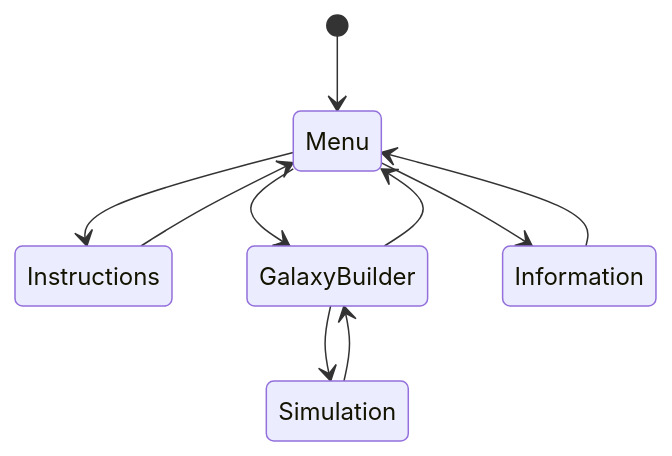
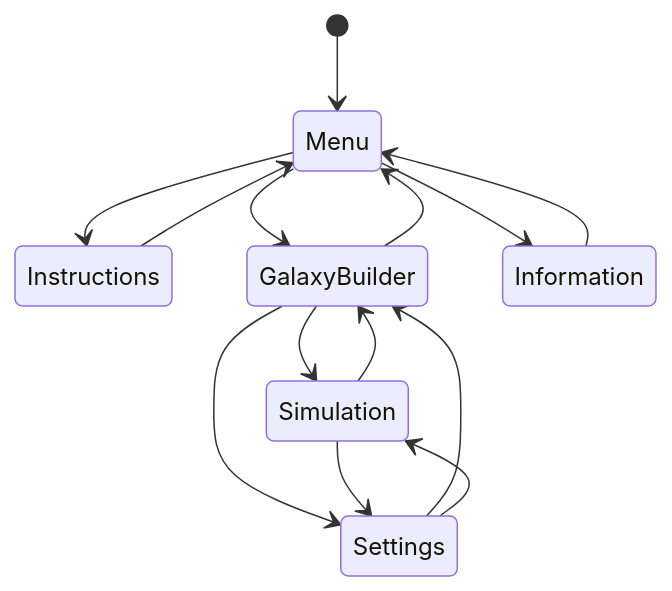
The second of 5 diagrams in WRITEUP.md (NoahMSchool/SwiftPlanets), drawn with Mermaid before and after one commit. The commit also changed other lines of this file, not shown here.

````diff
--- a/WRITEUP.md
+++ b/WRITEUP.md
@@ -474,15 +488,21 @@
 ```mermaid
 stateDiagram-v2
 	[*] --> Menu
     Menu --> Instructions
     Instructions --> Menu
     
     GalaxyBuilder --> Simulation
     Simulation --> GalaxyBuilder
     
     Menu --> Information
     Information --> Menu
 
     Menu --> GalaxyBuilder
     GalaxyBuilder --> Menu
+
+	GalaxyBuilder --> Settings
+	Simulation --> Settings
+	Settings --> GalaxyBuilder
+	Settings --> Simulation
+
 ```
````
